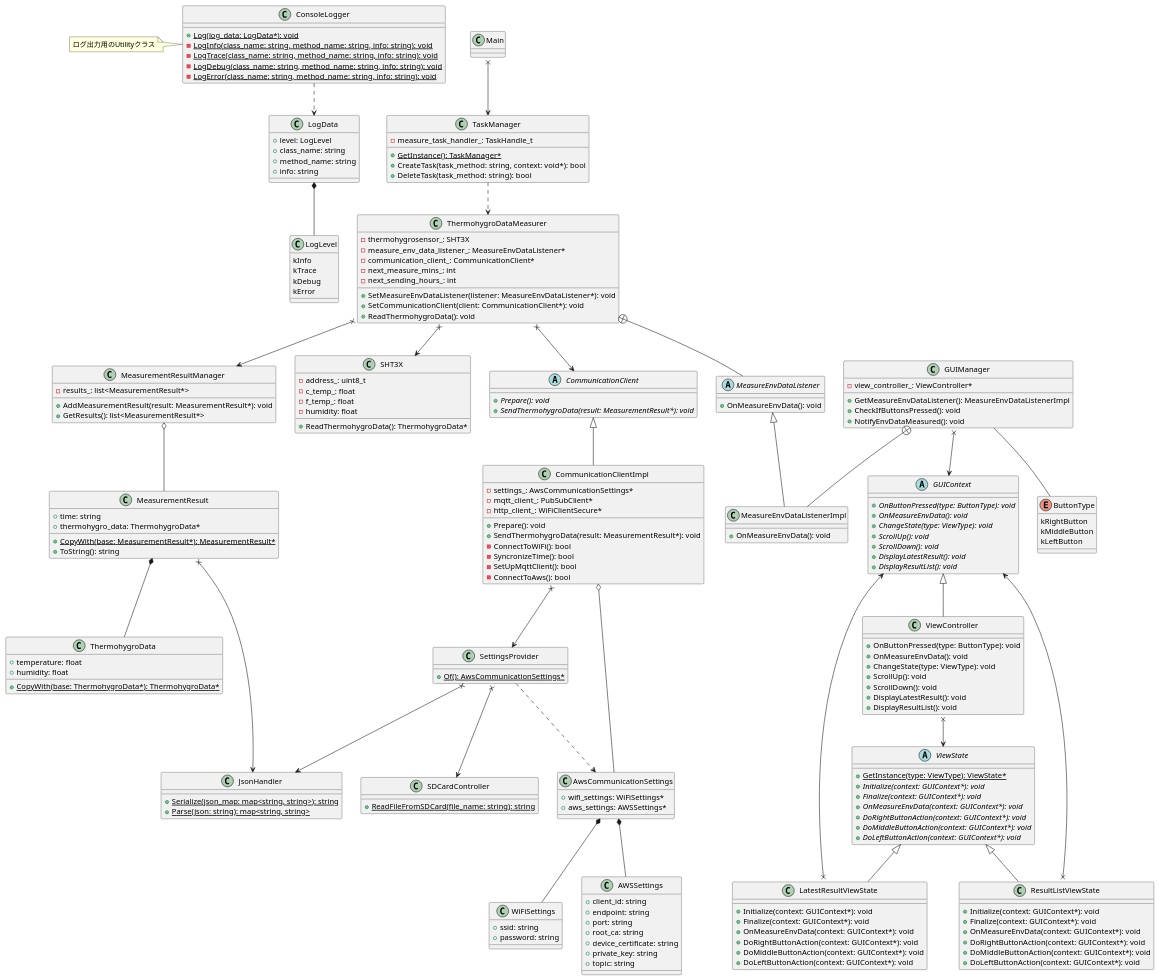
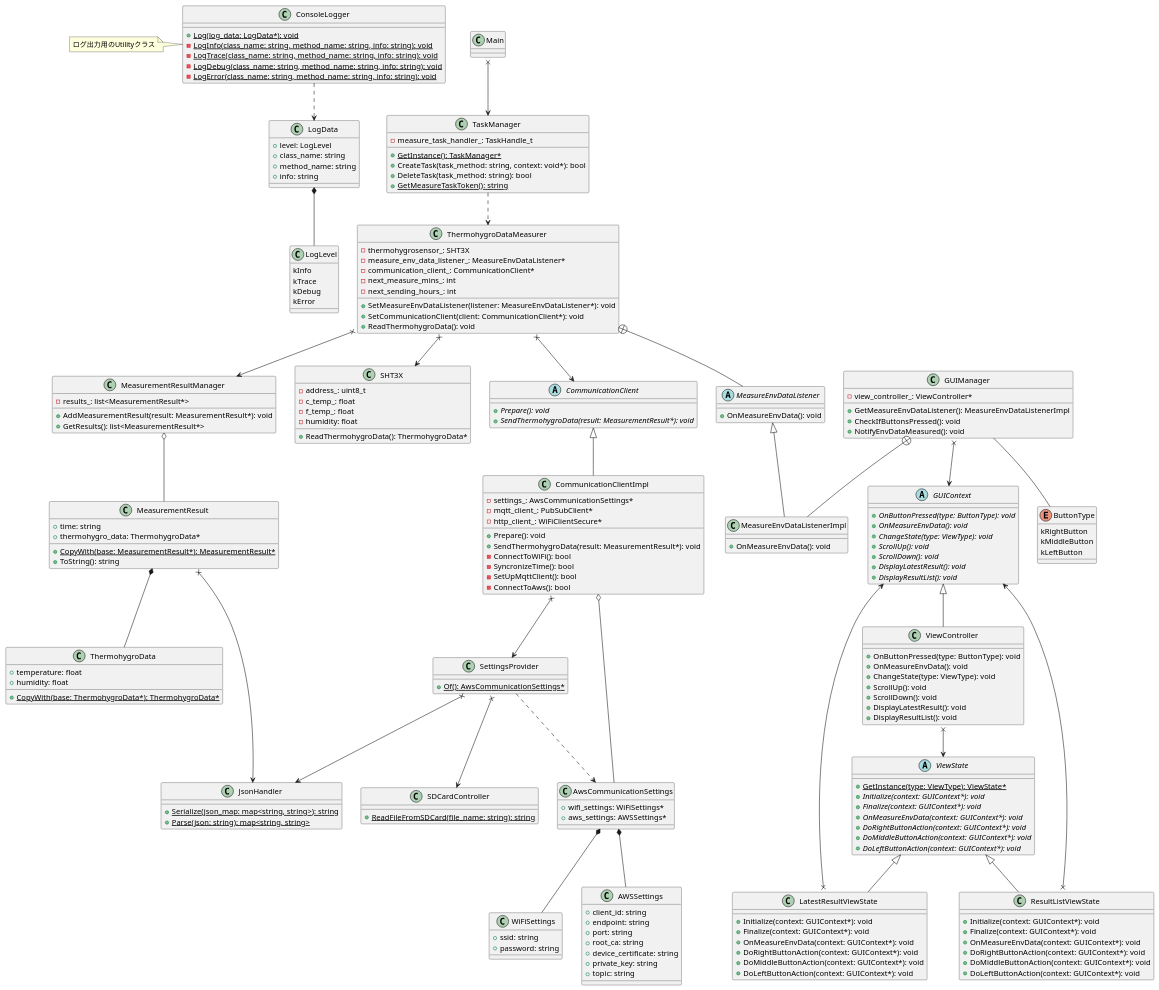
Before and after one commit to chukeblo/thermohygrometer: the diagram in DesignDocs/M5StackThermohygrometer/class_diagram.pu, drawn with PlantUML. The commit also changed 1 other file, not shown here.

Commit message:
modify sequence of getting measure task token

```diff
--- a/DesignDocs/M5StackThermohygrometer/class_diagram.pu
+++ b/DesignDocs/M5StackThermohygrometer/class_diagram.pu
@@ -181,6 +181,7 @@
     + {static} GetInstance(): TaskManager*
     + CreateTask(task_method: string, context: void*): bool
     + DeleteTask(task_method: string): bool
+    + {static} GetMeasureTaskToken(): string
 }
 
 TaskManager ..> ThermohygroDataMeasurer
```
